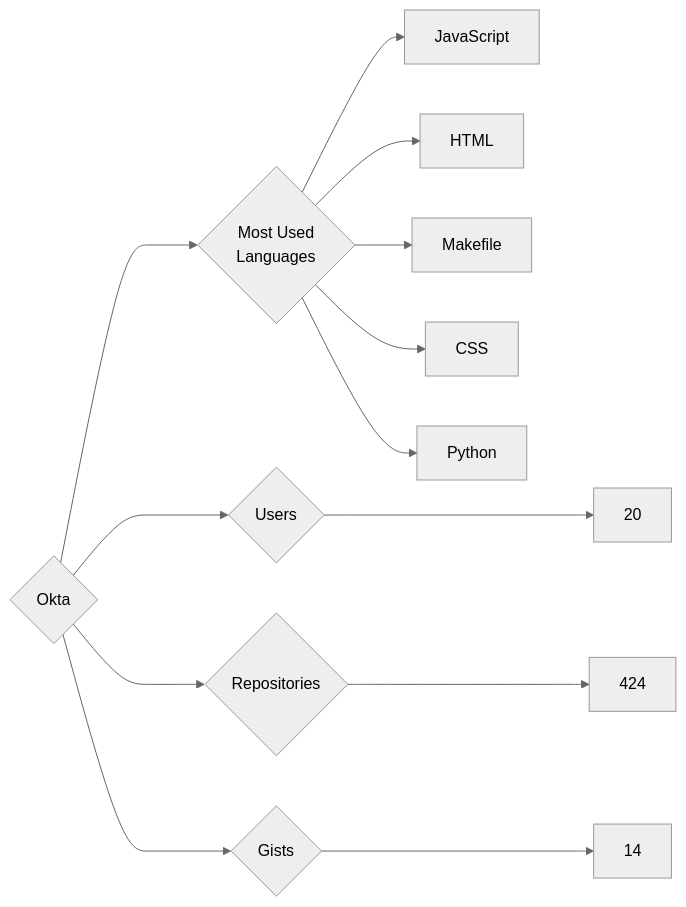
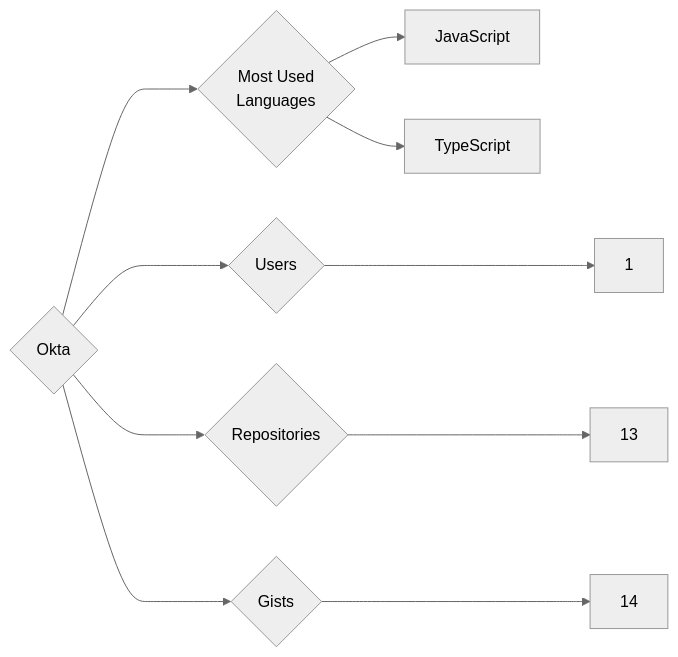
Before and after one commit to trickest/insiders: the diagram in targets/Okta/README.md, drawn with Mermaid (neutral theme). The commit also changed 797 other files, not shown here.

````diff
--- a/targets/Okta/README.md
+++ b/targets/Okta/README.md
@@ -3,13 +3,10 @@
 ```mermaid
 graph LR
 COMPANY_NAME{Okta}
-COMPANY_NAME ---> U{Users} ---> UN[20]
-COMPANY_NAME ---> R{Repositories} ---> RN[424]
+COMPANY_NAME ---> U{Users} ---> UN[1]
+COMPANY_NAME ---> R{Repositories} ---> RN[13]
 COMPANY_NAME ---> G{Gists} ---> GN[14]
 COMPANY_NAME ---> ML{Most Used<br>Languages}
 ML --> JavaScript[JavaScript]
-ML --> HTML[HTML]
-ML --> Makefile[Makefile]
-ML --> CSS[CSS]
-ML --> Python[Python]
+ML --> TypeScript[TypeScript]
 ```
````
